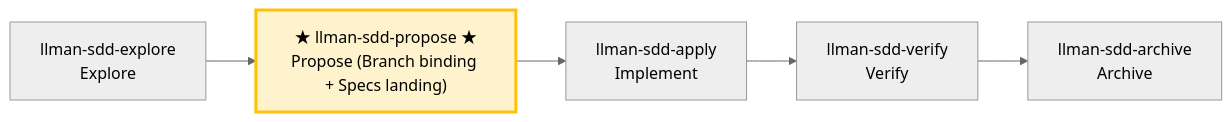
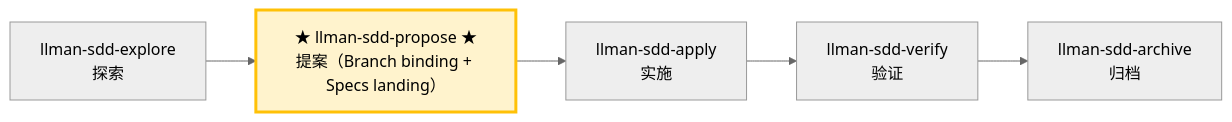
The second of 2 diagrams in .agents/skills/llman-sdd-propose/SKILL.md (StrayDragon/xylitol), drawn with Mermaid (neutral theme) before and after one commit. The commit also changed other lines of this file and 13 other files, not shown here.

Commit message:
agentdev: upgrade llman sdd skills

````diff
--- a/.agents/skills/llman-sdd-propose/SKILL.md
+++ b/.agents/skills/llman-sdd-propose/SKILL.md
@@ -58,10 +58,10 @@
 ```mermaid
 flowchart LR
-    explore["llman-sdd-explore<br/>Explore"] --> propose
-    propose["★ llman-sdd-propose ★<br/>Propose (Branch binding + Specs landing)"]
-    propose --> apply["llman-sdd-apply<br/>Implement"]
-    apply --> verify["llman-sdd-verify<br/>Verify"]
-    verify --> archive["llman-sdd-archive<br/>Archive"]
+    explore["llman-sdd-explore<br/>探索"] --> propose
+    propose["★ llman-sdd-propose ★<br/>提案（Branch binding + Specs landing）"]
+    propose --> apply["llman-sdd-apply<br/>实施"]
+    apply --> verify["llman-sdd-verify<br/>验证"]
+    verify --> archive["llman-sdd-archive<br/>归档"]
 
     style propose fill:#fff3cd,stroke:#ffc107,stroke-width:3px
 ```
````
